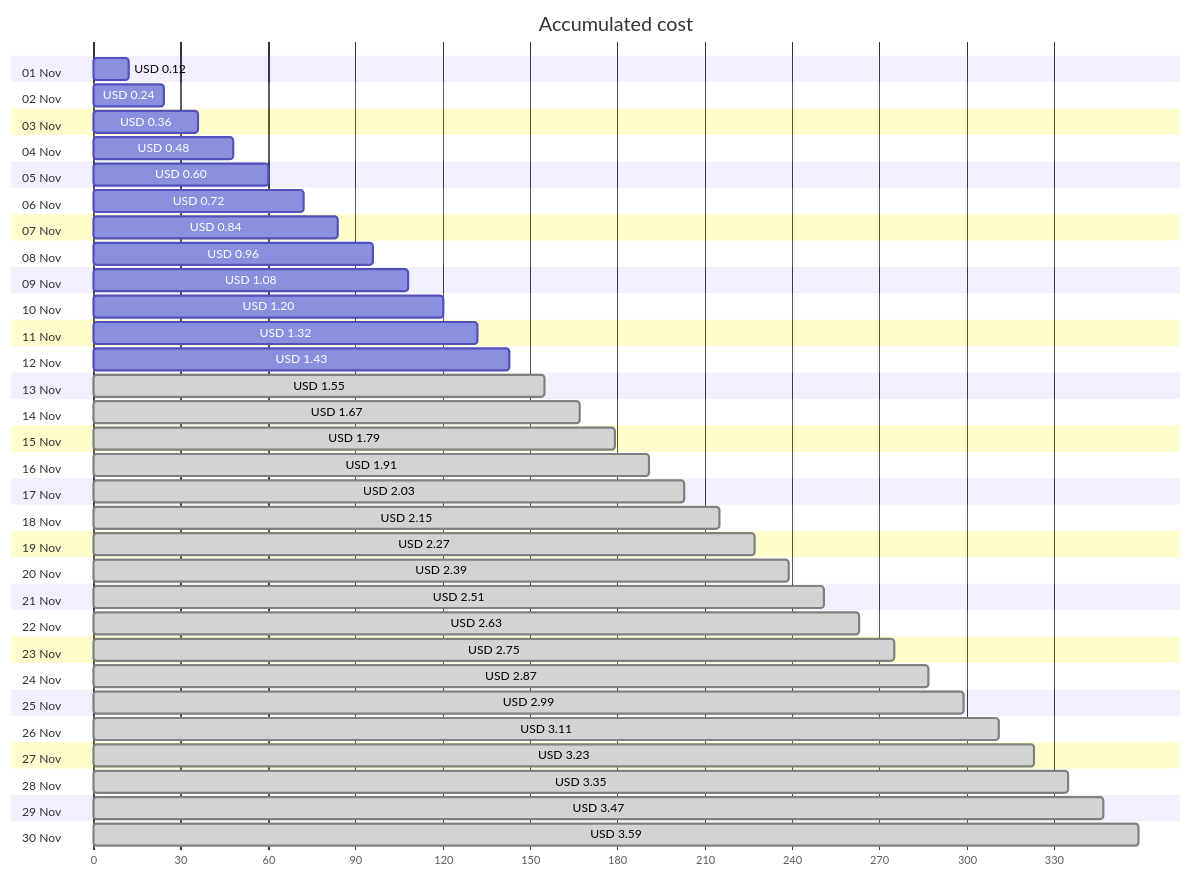
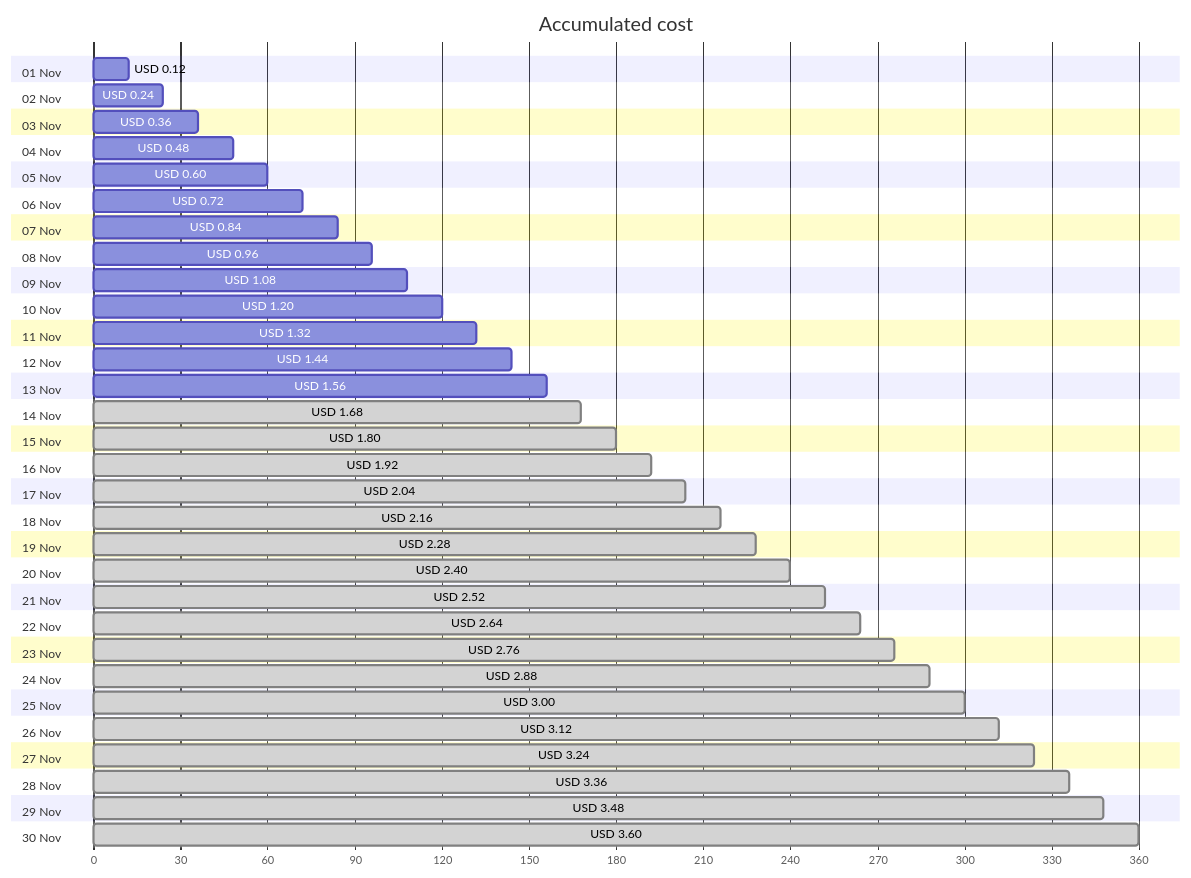
Before and after one commit to jpfulton/azure-personal-reports: the first of 4 diagrams in cost-reports/personal-network/backup-server-public-ip.md, drawn with Mermaid. The commit also changed other lines of this file and 8 other files, not shown here.

````diff
--- a/cost-reports/personal-network/backup-server-public-ip.md
+++ b/cost-reports/personal-network/backup-server-public-ip.md
@@ -20,66 +20,66 @@
 ```mermaid
 gantt
    title Accumulated cost
    dateFormat  X
    axisFormat %s
    section 01 Nov
    USD 0.12 :0, 12
    section 02 Nov
    USD 0.24 :0, 24
    section 03 Nov
    USD 0.36 :0, 36
    section 04 Nov
    USD 0.48 :0, 48
    section 05 Nov
    USD 0.60 :0, 60
    section 06 Nov
    USD 0.72 :0, 72
    section 07 Nov
    USD 0.84 :0, 84
    section 08 Nov
    USD 0.96 :0, 96
    section 09 Nov
    USD 1.08 :0, 108
    section 10 Nov
    USD 1.20 :0, 120
    section 11 Nov
    USD 1.32 :0, 132
    section 12 Nov
-   USD 1.43 :0, 143
+   USD 1.44 :0, 144
    section 13 Nov
-   USD 1.55 : done, 0, 155
+   USD 1.56 :0, 156
    section 14 Nov
-   USD 1.67 : done, 0, 167
+   USD 1.68 : done, 0, 168
    section 15 Nov
-   USD 1.79 : done, 0, 179
+   USD 1.80 : done, 0, 180
    section 16 Nov
-   USD 1.91 : done, 0, 191
+   USD 1.92 : done, 0, 192
    section 17 Nov
-   USD 2.03 : done, 0, 203
+   USD 2.04 : done, 0, 204
    section 18 Nov
-   USD 2.15 : done, 0, 215
+   USD 2.16 : done, 0, 216
    section 19 Nov
-   USD 2.27 : done, 0, 227
+   USD 2.28 : done, 0, 228
    section 20 Nov
-   USD 2.39 : done, 0, 239
+   USD 2.40 : done, 0, 240
    section 21 Nov
-   USD 2.51 : done, 0, 251
+   USD 2.52 : done, 0, 252
    section 22 Nov
-   USD 2.63 : done, 0, 263
+   USD 2.64 : done, 0, 264
    section 23 Nov
-   USD 2.75 : done, 0, 275
+   USD 2.76 : done, 0, 276
    section 24 Nov
-   USD 2.87 : done, 0, 287
+   USD 2.88 : done, 0, 288
    section 25 Nov
-   USD 2.99 : done, 0, 299
+   USD 3.00 : done, 0, 300
    section 26 Nov
-   USD 3.11 : done, 0, 311
+   USD 3.12 : done, 0, 312
    section 27 Nov
-   USD 3.23 : done, 0, 323
+   USD 3.24 : done, 0, 324
    section 28 Nov
-   USD 3.35 : done, 0, 335
+   USD 3.36 : done, 0, 336
    section 29 Nov
-   USD 3.47 : done, 0, 347
+   USD 3.48 : done, 0, 348
    section 30 Nov
-   USD 3.59 : done, 0, 359
+   USD 3.60 : done, 0, 360
 ```
````
